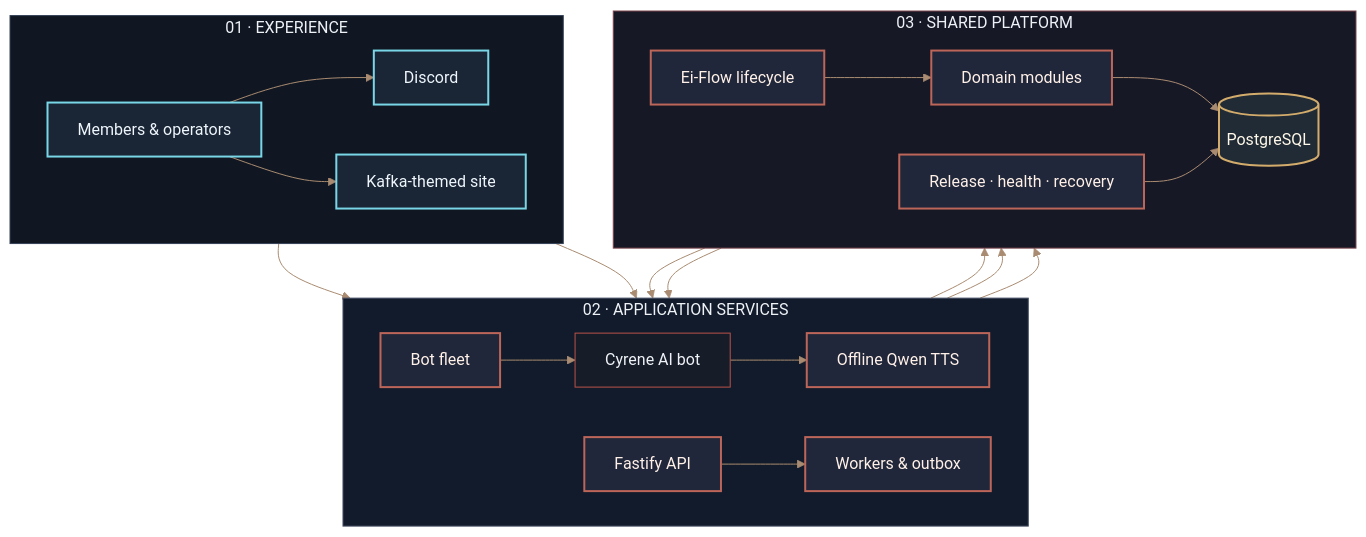
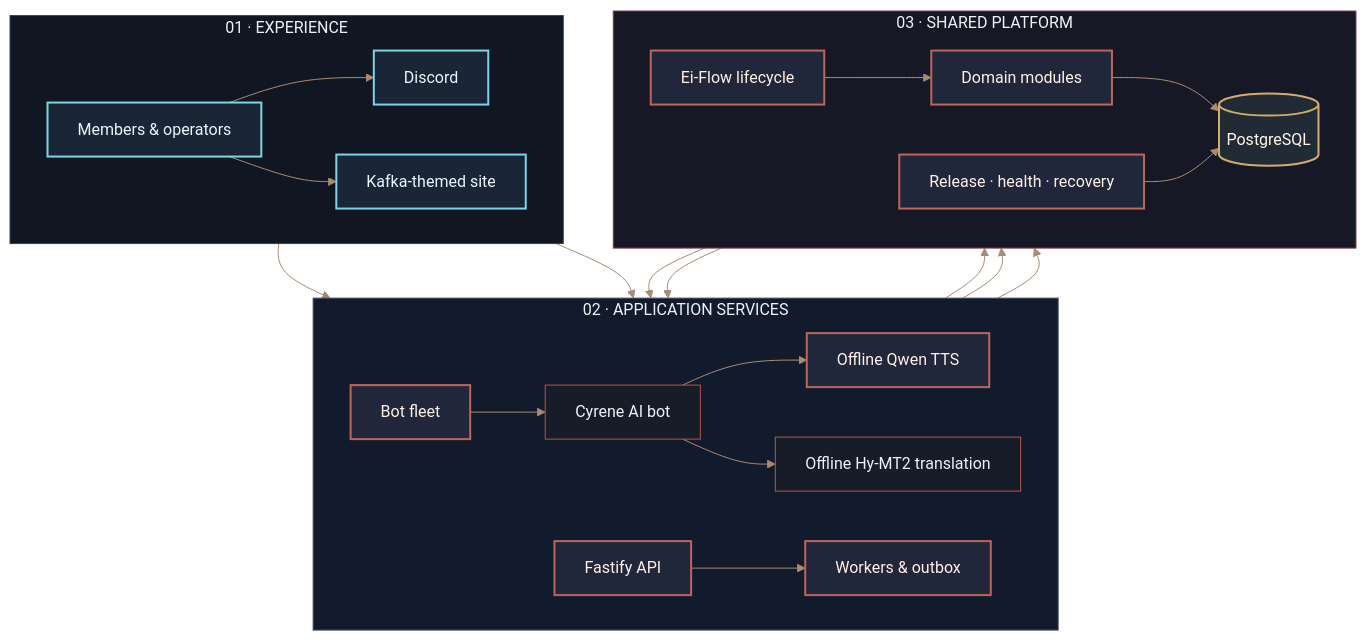
The first of 3 diagrams in README.md (xyanncat/Ei-point), drawn with Mermaid before and after one commit. The commit also changed other lines of this file and 33 other files, not shown here.

Commit message:
feat(ai): add local Cyrene translation and voice chat

````diff
--- a/README.md
+++ b/README.md
@@ -76,49 +76,51 @@
 ```mermaid
 %%{init: {'theme':'base','themeVariables': {'primaryColor':'#171c29','primaryTextColor':'#eef2f7','primaryBorderColor':'#b95348','lineColor':'#a98b71','secondaryColor':'#20283a','tertiaryColor':'#111722','clusterBkg':'#0e1420','clusterBorder':'#39435a','fontFamily':'ui-sans-serif, system-ui, sans-serif'}}}%%
 flowchart TB
   subgraph Experience["01 · EXPERIENCE"]
     direction LR
     Members[Members & operators]
     Discord[Discord]
     Site[Kafka-themed site]
   end
   subgraph Services["02 · APPLICATION SERVICES"]
     direction LR
     API[Fastify API]
     Fleet[Bot fleet]
     Cyrene[Cyrene AI bot]
     Qwen[Offline Qwen TTS]
+    HyMT2[Offline Hy-MT2 translation]
     Workers[Workers & outbox]
   end
   subgraph Core["03 · SHARED PLATFORM"]
     direction LR
     Flow[Ei-Flow lifecycle]
     Domain[Domain modules]
     DB[(PostgreSQL)]
     Ops[Release · health · recovery]
   end
   Members --> Discord
   Members --> Site
   Site --> API
   Discord --> Fleet
   Fleet --> Cyrene
   Cyrene --> Qwen
+  Cyrene --> HyMT2
   Fleet --> Flow
   Flow --> Domain
   API --> DB
   Domain --> DB
   API --> Workers
   Workers --> DB
   Ops --> API
   Ops --> Fleet
   Ops --> DB
   style Experience fill:#101722,stroke:#344157,color:#eef2f7
   style Services fill:#121b2b,stroke:#475066,color:#eef2f7
   style Core fill:#171826,stroke:#7b454d,color:#eef2f7
   classDef actor fill:#1a2536,stroke:#78d6e6,color:#eef6fc,stroke-width:2px
   classDef service fill:#21273a,stroke:#bc6559,color:#fff1e8,stroke-width:2px
   classDef durable fill:#212b36,stroke:#d3ac6c,color:#fff8e8,stroke-width:2px
   class Members,Discord,Site actor
   class API,Fleet,Qwen,Workers,Flow,Domain,Ops service
   class DB durable
 ```
````
